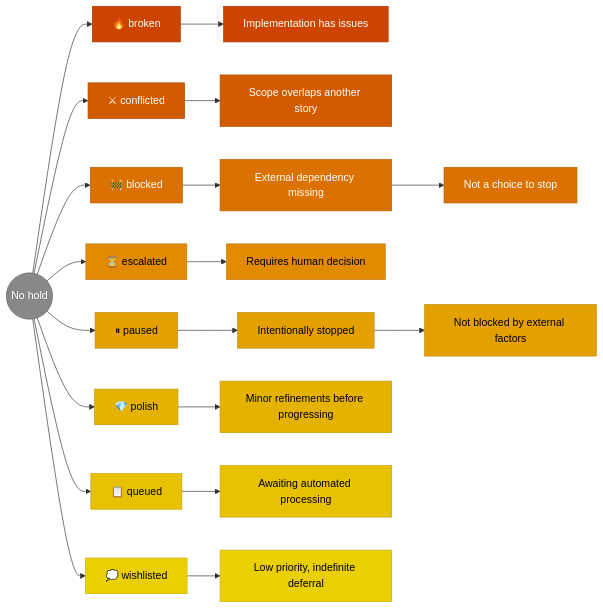
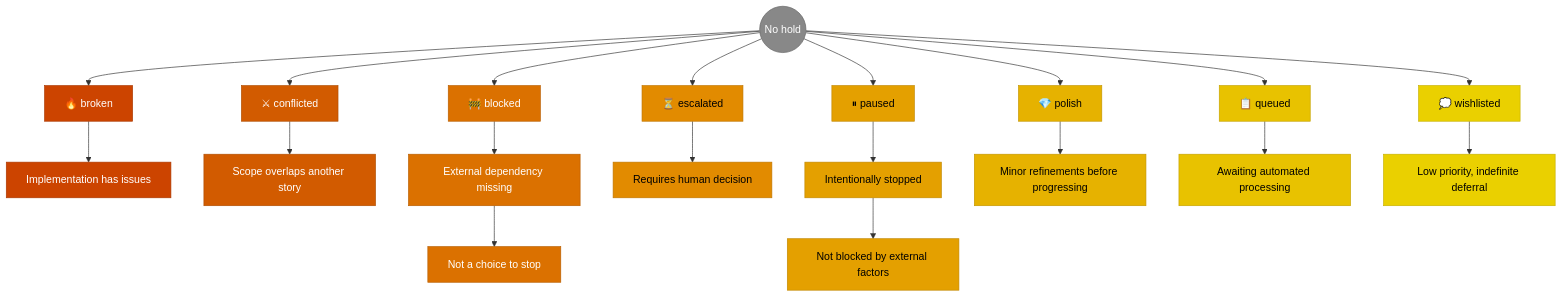
The second of 11 diagrams in claude/skills/story-tree/references/workflow-diagrams.md (Mharbulous/StoryTree), drawn with Mermaid before and after one commit. The commit also changed other lines of this file and 1 other file, not shown here.

First line of the commit message:
refactor(storyTree): update workflow diagrams and rename disposition states

````diff
--- a/claude/skills/story-tree/references/workflow-diagrams.md
+++ b/claude/skills/story-tree/references/workflow-diagrams.md
@@ -99,59 +136,59 @@
 ```mermaid
-flowchart LR
+flowchart TB
     root((No hold))
 
     broken[🔥 broken]
     broken_desc[Implementation has issues]
 
     conflicted[⚔ conflicted]
     conflicted_desc[Scope overlaps another story]
 
     blocked[🚧 blocked]
     blocked_desc[External dependency missing]
     blocked_not[Not a choice to stop]
 
     escalated[⏳ escalated]
     escalated_desc[Requires human decision]
 
     paused[⏸ paused]
     paused_desc[Intentionally stopped]
     paused_not[Not blocked by external factors]
 
     polish[💎 polish]
     polish_desc[Minor refinements before progressing]
 
     queued[📋 queued]
     queued_desc[Awaiting automated processing]
 
     wishlisted[💭 wishlisted]
     wishlisted_desc[Low priority, indefinite deferral]
 
     root --> broken --> broken_desc
     root --> conflicted --> conflicted_desc
     root --> blocked --> blocked_desc --> blocked_not
     root --> escalated --> escalated_desc
     root --> paused --> paused_desc --> paused_not
     root --> polish --> polish_desc
     root --> queued --> queued_desc
     root --> wishlisted --> wishlisted_desc
 
     classDef nohold fill:#888888,stroke:#666,color:#fff
     classDef brokenStyle fill:#CC4400,stroke:#AA3700,color:#fff
     classDef conflictedStyle fill:#D25B00,stroke:#B04D00,color:#fff
     classDef blockedStyle fill:#DB7100,stroke:#B95E00,color:#fff
     classDef escalatedStyle fill:#E28B00,stroke:#C07600,color:#000
     classDef pausedStyle fill:#E4A000,stroke:#C28800,color:#000
     classDef polishStyle fill:#E6B200,stroke:#C49600,color:#000
     classDef queuedStyle fill:#E8C200,stroke:#C6A300,color:#000
     classDef wishlistedStyle fill:#EAD000,stroke:#C8B100,color:#000
 
     class root nohold
     class broken,broken_desc brokenStyle
     class conflicted,conflicted_desc conflictedStyle
     class blocked,blocked_desc,blocked_not blockedStyle
     class escalated,escalated_desc escalatedStyle
     class paused,paused_desc,paused_not pausedStyle
     class polish,polish_desc polishStyle
     class queued,queued_desc queuedStyle
     class wishlisted,wishlisted_desc wishlistedStyle
 ```
````
